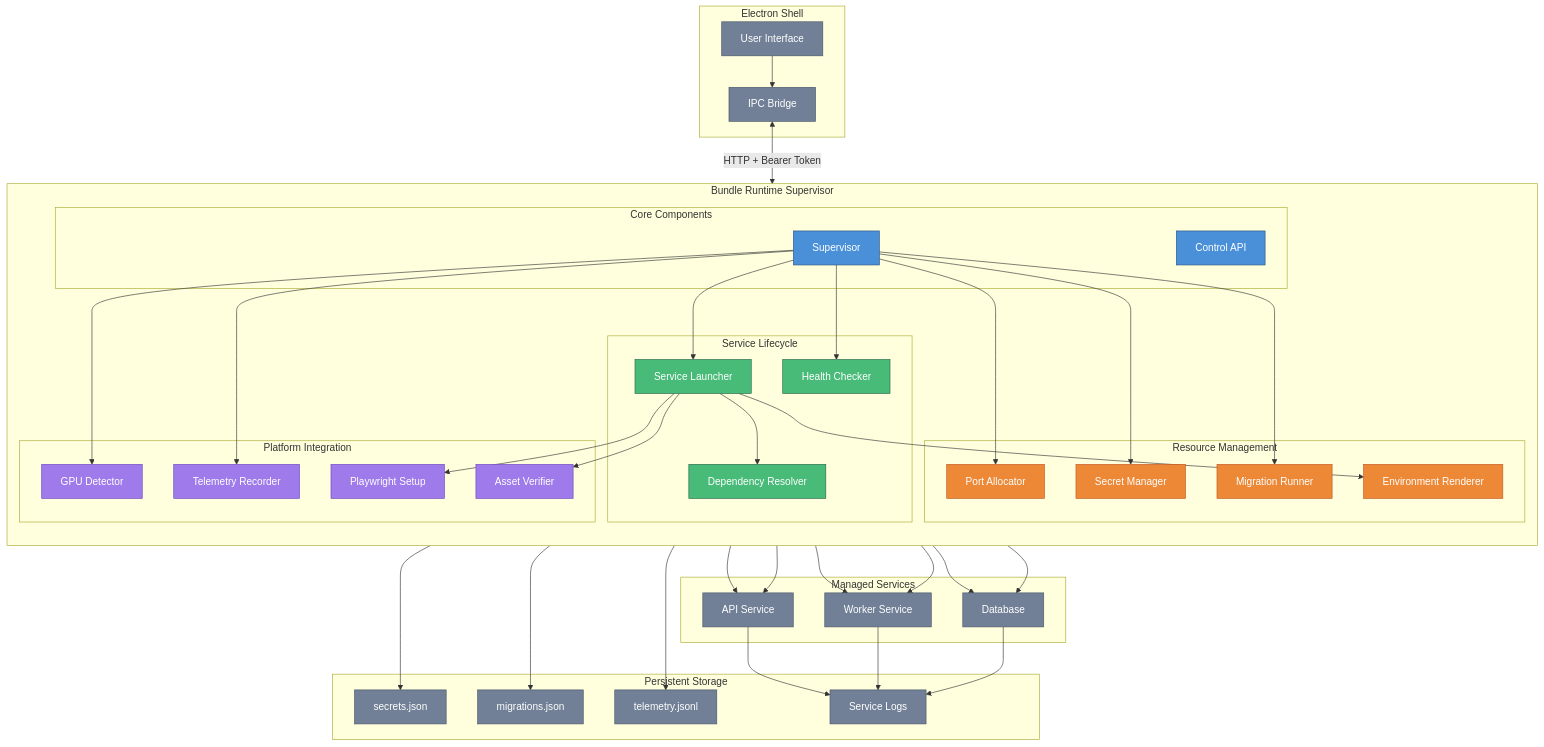
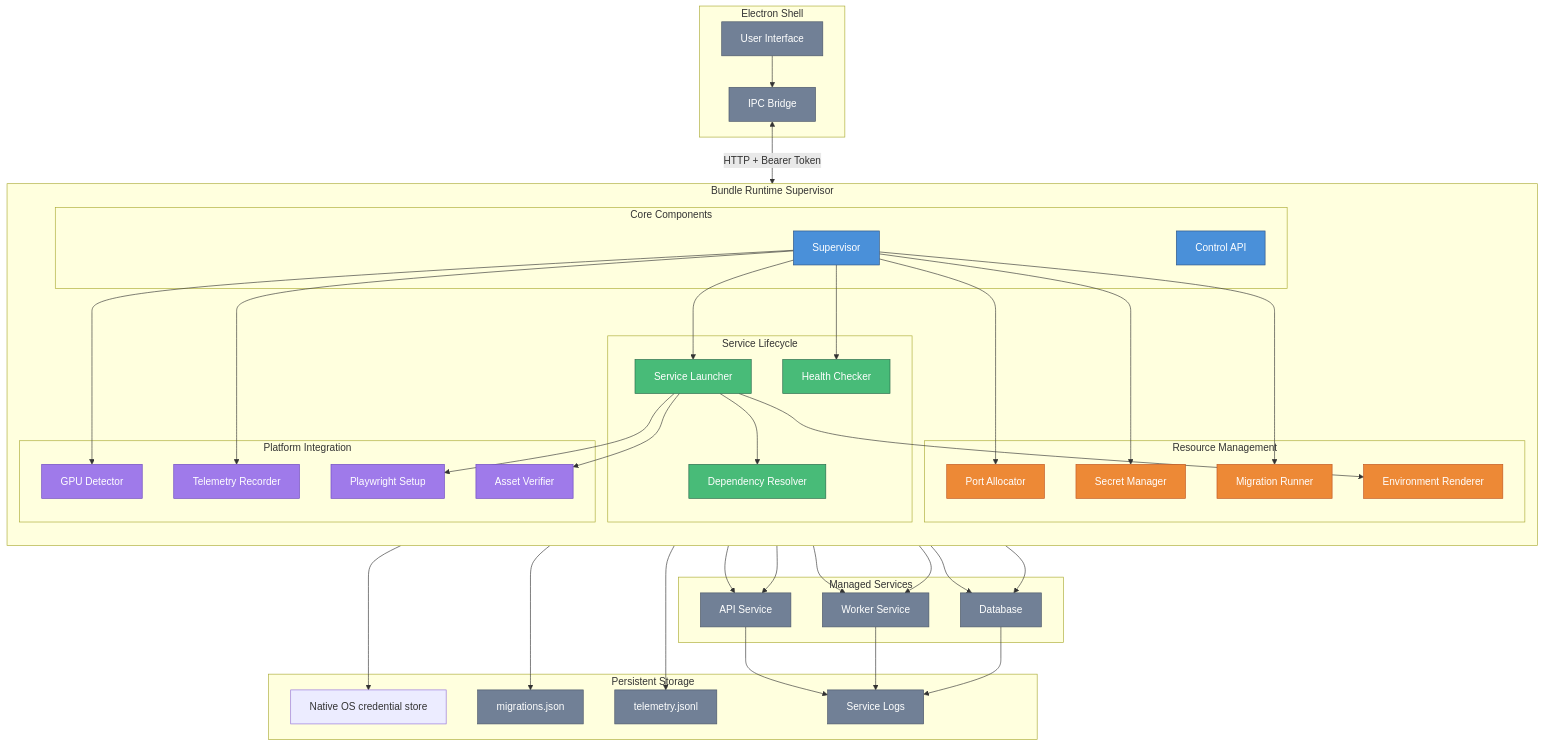
The first of 2 diagrams in scenarios/scenario-to-desktop/runtime/README.md (Vrooli/Vrooli), drawn with Mermaid before and after one commit. The commit also changed 77 other files, not shown here.

```diff
--- a/scenarios/scenario-to-desktop/runtime/README.md
+++ b/scenarios/scenario-to-desktop/runtime/README.md
@@ -47,7 +47,7 @@
     end
 
     subgraph Storage["Persistent Storage"]
-        SFILE[secrets.json]
+        SSTORE[Native OS credential store]
         MFILE[migrations.json]
         TFILE[telemetry.jsonl]
         LOGS[Service Logs]
@@ -72,7 +72,7 @@
 
     HEALTH --> SVC1 & SVC2 & SVC3
 
-    SECRETS --> SFILE
+    SECRETS --> SSTORE
     MIG --> MFILE
     TEL --> TFILE
     SVC1 & SVC2 & SVC3 --> LOGS
```
